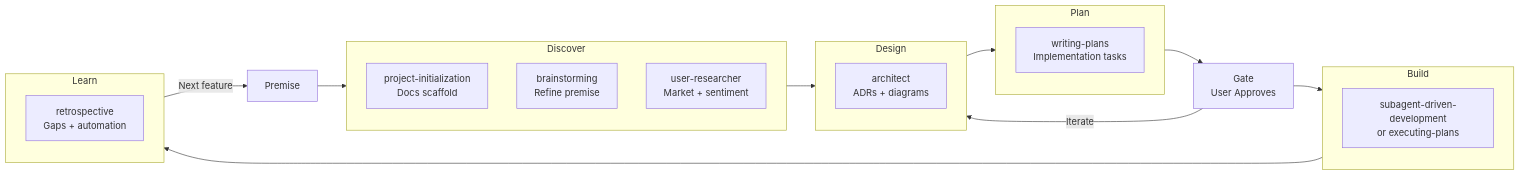
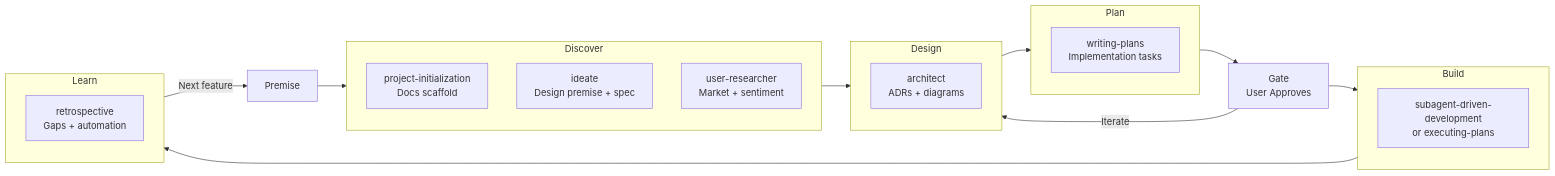
Before and after one commit to neoaisac/opencode-productforge: the diagram in skills/forge/SKILL.md, drawn with Mermaid. The commit also changed other lines of this file and 2 other files, not shown here.

First line of the commit message:
feat: replace brainstorming with ideate skill

````diff
--- a/skills/forge/SKILL.md
+++ b/skills/forge/SKILL.md
@@ -12,33 +12,33 @@
 ```mermaid
 flowchart LR
     P[Premise] --> D[Discover]
     D --> D2[Design]
     D2 --> P2[Plan]
     P2 --> G[Gate<br>User Approves]
     G --> B[Build]
     G -->|Iterate| D2
     B --> L[Learn]
     L -->|Next feature| P
 
     subgraph D[Discover]
         Init["project-initialization<br>Docs scaffold"]
-        BS["brainstorming<br>Refine premise"]
+        ID["ideate<br>Design premise + spec"]
         UR["user-researcher<br>Market + sentiment"]
     end
 
     subgraph D2[Design]
         Arch["architect<br>ADRs + diagrams"]
     end
 
     subgraph P2[Plan]
         WP["writing-plans<br>Implementation tasks"]
     end
 
     subgraph B[Build]
         Exec["subagent-driven-development<br>or executing-plans"]
     end
 
     subgraph L[Learn]
         Retro["retrospective<br>Gaps + automation"]
     end
 ```
````
